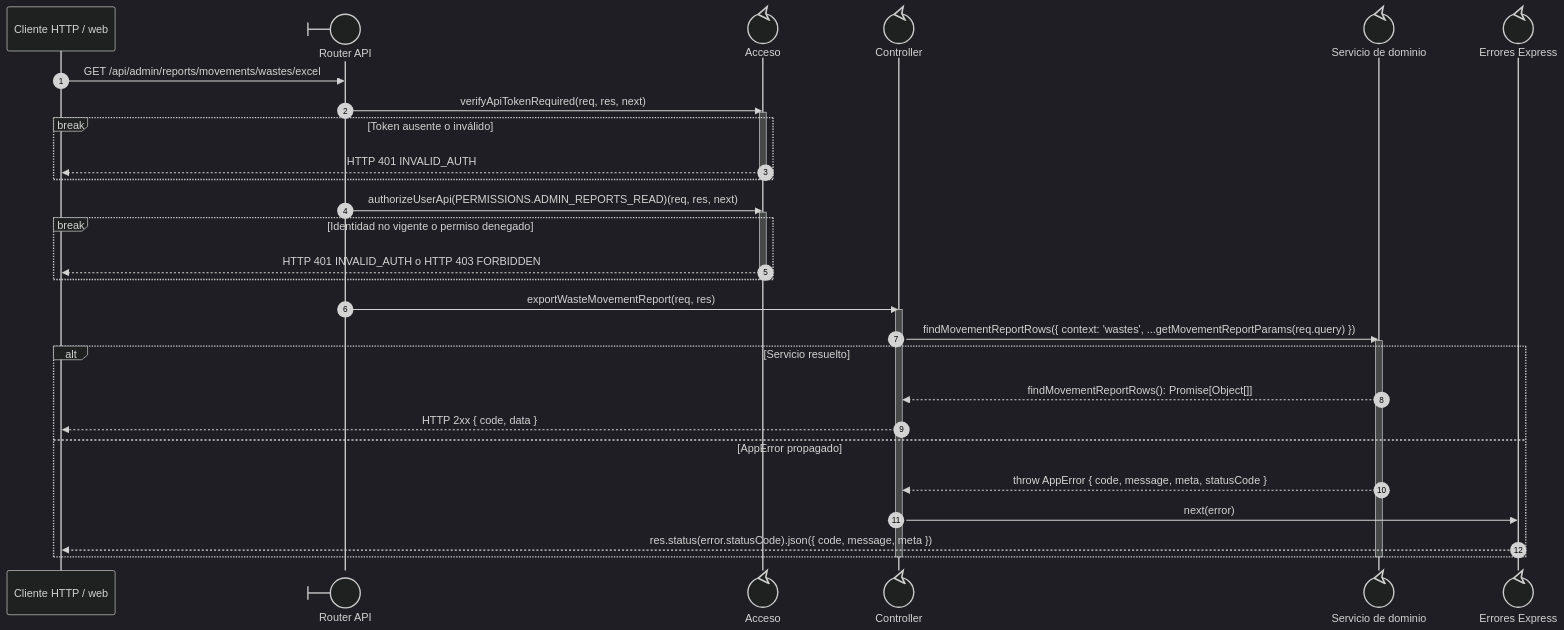
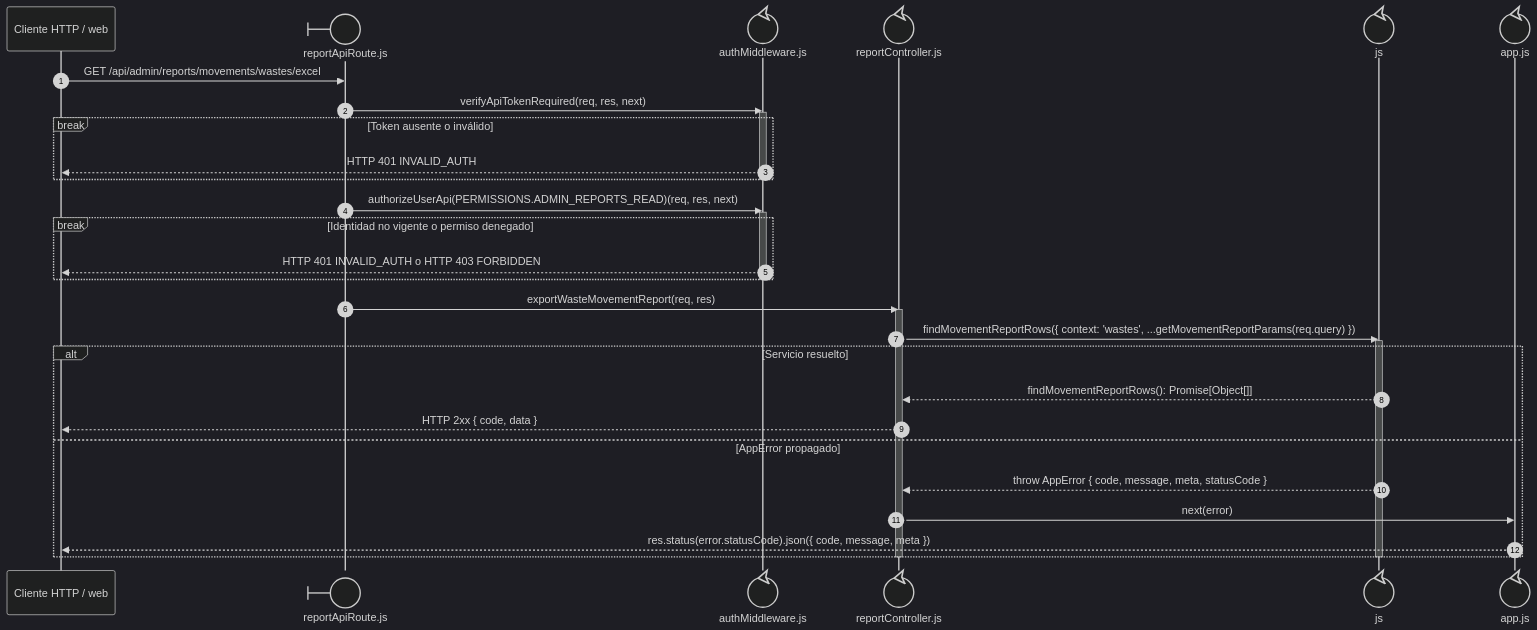
The diagram in docs/architecture/views/processes/backend-code-sequences/catalogs/cu-alm-16.md (gpgsistemas01/nexus), drawn with Mermaid (dark theme) before and after one commit. The commit also changed other lines of this file and 192 other files, not shown here.

Commit message:
docs: make sequence file ownership explicit and align code flows

````diff
--- a/docs/architecture/views/processes/backend-code-sequences/catalogs/cu-alm-16.md
+++ b/docs/architecture/views/processes/backend-code-sequences/catalogs/cu-alm-16.md
@@ -23,39 +25,39 @@
 ```mermaid
 sequenceDiagram
     autonumber
     participant Client as Cliente HTTP / web
-    participant Route@{ "type": "boundary" } as Router API
-    participant Auth@{ "type": "control" } as Acceso
-    participant Controller@{ "type": "control" } as Controller
-    participant Domain@{ "type": "control" } as Servicio de dominio
-    participant ErrorHandler@{ "type": "control" } as Errores Express
+    participant Route@{ "type": "boundary" } as reportApiRoute.js
+    participant Auth@{ "type": "control" } as authMiddleware.js
+    participant Controller@{ "type": "control" } as reportController.js
+    participant Domain@{ "type": "control" } as js
+    participant ErrorHandler@{ "type": "control" } as app.js
 
     Client->>Route: GET /api/admin/reports/movements/wastes/excel
 
     Route->>Auth: verifyApiTokenRequired(req, res, next)
     activate Auth
     break Token ausente o inválido
         Auth-->>Client: HTTP 401 INVALID_AUTH
     end
     deactivate Auth
     Route->>Auth: authorizeUserApi(PERMISSIONS.ADMIN_REPORTS_READ)(req, res, next)
     activate Auth
     break Identidad no vigente o permiso denegado
         Auth-->>Client: HTTP 401 INVALID_AUTH o HTTP 403 FORBIDDEN
     end
     deactivate Auth
     Route->>Controller: exportWasteMovementReport(req, res)
     activate Controller
     Controller->>Domain: findMovementReportRows({ context: 'wastes', ...getMovementReportParams(req.query) })
     activate Domain
     alt Servicio resuelto
         Domain-->>Controller: findMovementReportRows(): Promise[Object[]]
         Controller-->>Client: HTTP 2xx { code, data }
     else AppError propagado
         Domain-->>Controller: throw AppError { code, message, meta, statusCode }
         Controller->>ErrorHandler: next(error)
         ErrorHandler-->>Client: res.status(error.statusCode).json({ code, message, meta })
     end
     deactivate Domain
     deactivate Controller
 ```
````
